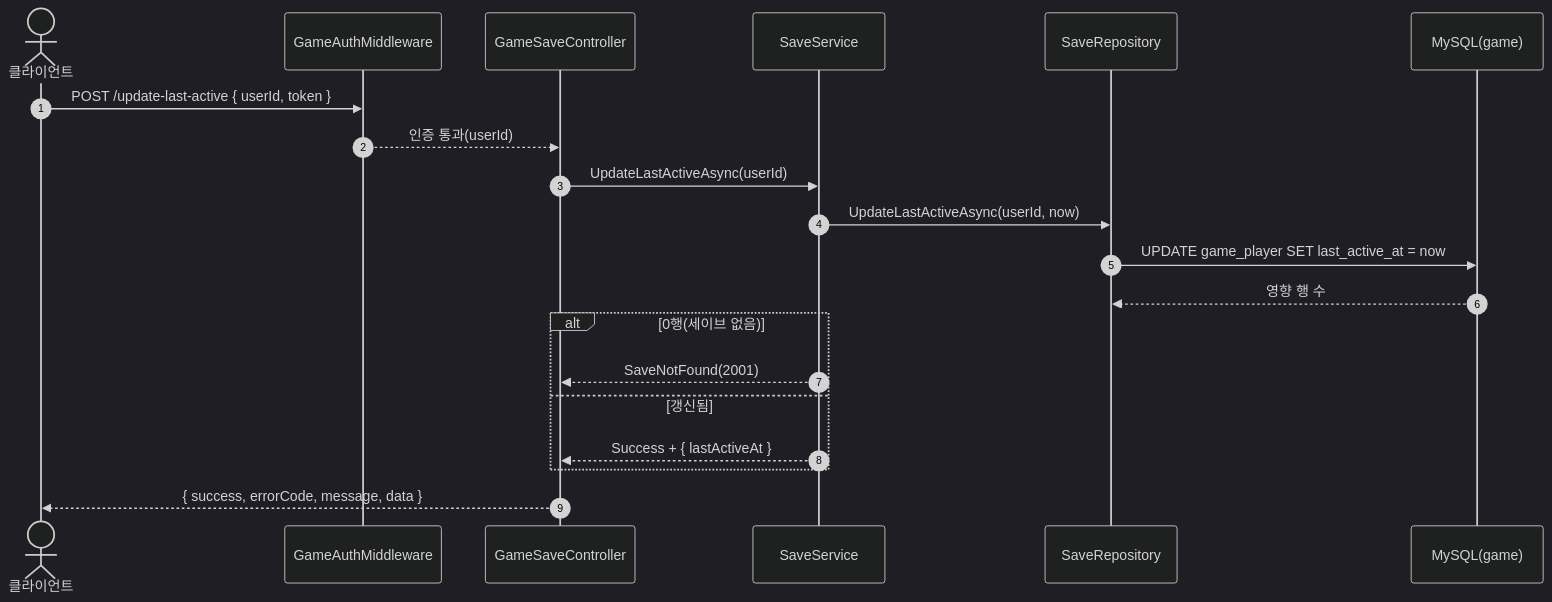
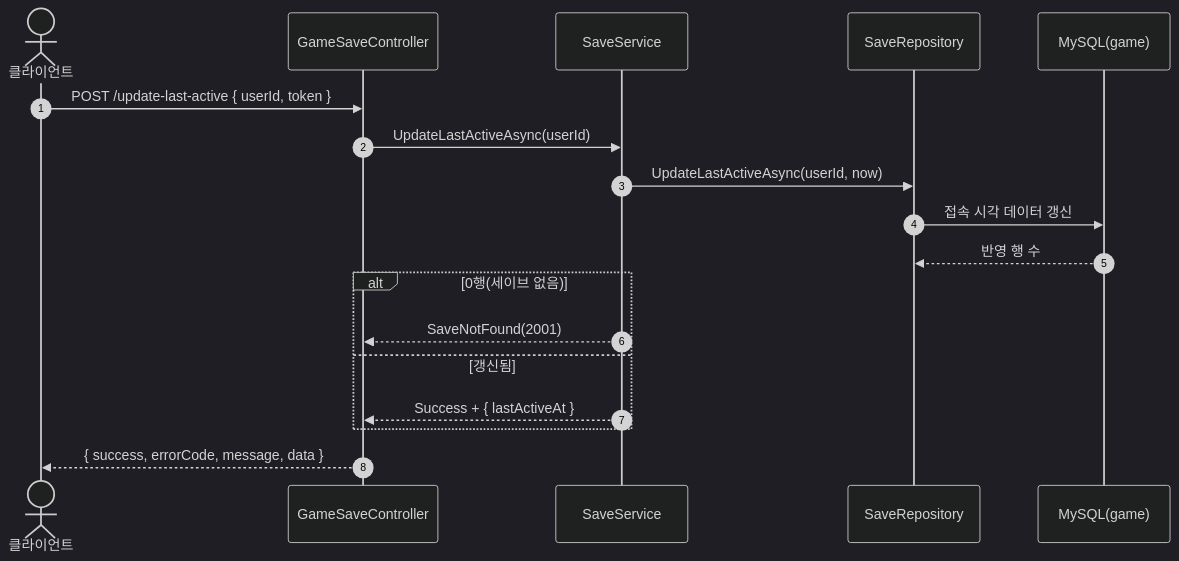
Before and after one commit to ks-wook/com2us-taskbar-hero: the third of 3 diagrams in SequenceDiagram/GameSaveController.md, drawn with Mermaid (dark theme). The commit also changed other lines of this file and 7 other files, not shown here.

Commit message:
시퀀스 다이어그램 수정

````diff
--- a/SequenceDiagram/GameSaveController.md
+++ b/SequenceDiagram/GameSaveController.md
@@ -89,23 +78,21 @@
 ```mermaid
 sequenceDiagram
     autonumber
     actor C as 클라이언트
-    participant MW as GameAuthMiddleware
     participant Ctrl as GameSaveController
     participant Svc as SaveService
     participant Repo as SaveRepository
     participant DB as MySQL(game)
 
-    C->>MW: POST /update-last-active { userId, token }
-    MW-->>Ctrl: 인증 통과(userId)
+    C->>Ctrl: POST /update-last-active { userId, token }
     Ctrl->>Svc: UpdateLastActiveAsync(userId)
     Svc->>Repo: UpdateLastActiveAsync(userId, now)
-    Repo->>DB: UPDATE game_player SET last_active_at = now
-    DB-->>Repo: 영향 행 수
+    Repo->>DB: 접속 시각 데이터 갱신
+    DB-->>Repo: 반영 행 수
     alt 0행(세이브 없음)
         Svc-->>Ctrl: SaveNotFound(2001)
     else 갱신됨
         Svc-->>Ctrl: Success + { lastActiveAt }
     end
     Ctrl-->>C: { success, errorCode, message, data }
 ```
````
